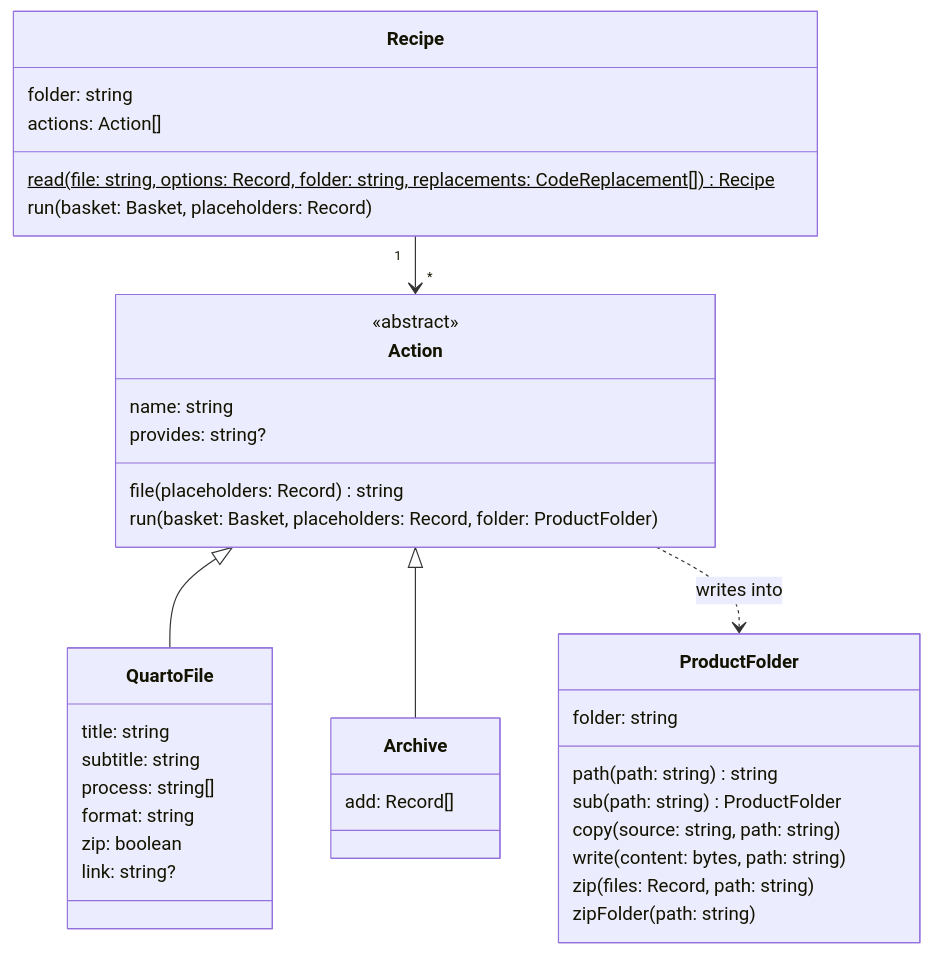
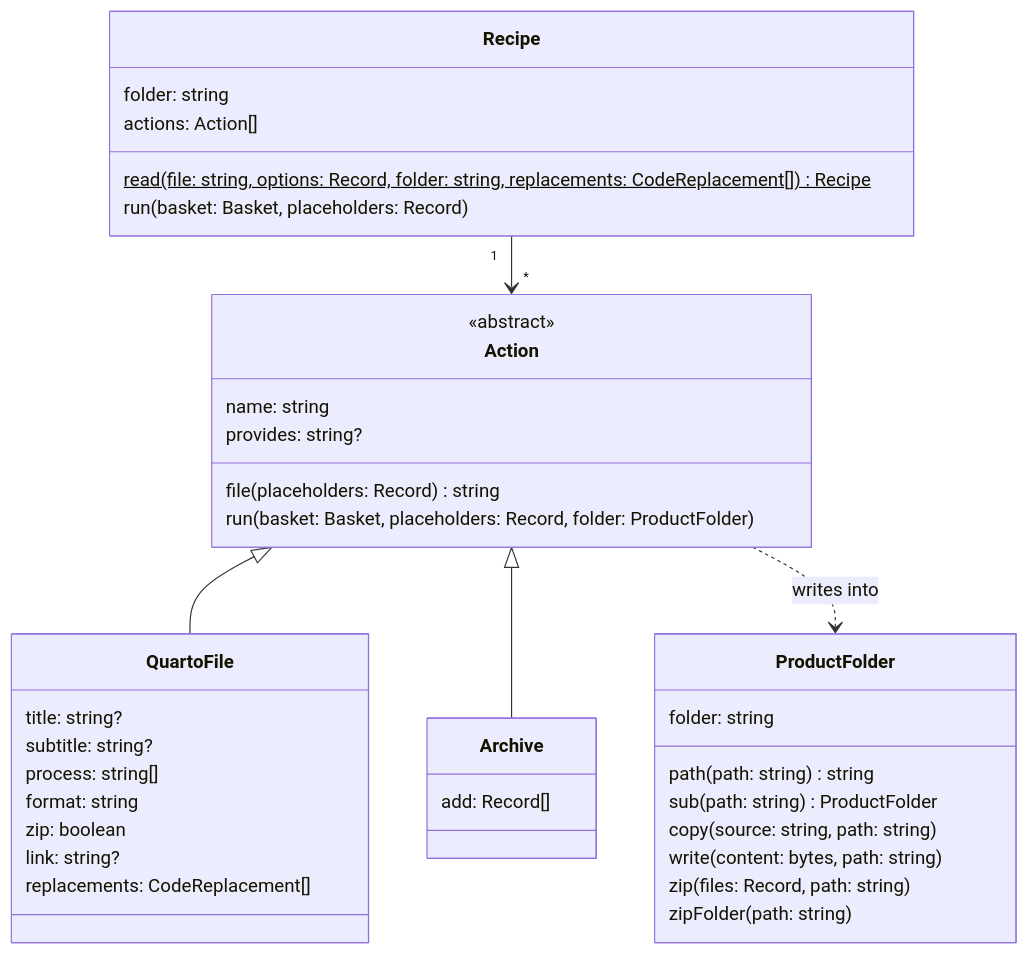
One commit to matthiasbaitsch/quarto-loi-moi changed the fifth of 6 diagrams in DESIGN.md. Above: the diagram before and after it, drawn with Mermaid. The commit also changed other lines of this file and 10 other files, not shown here.

````diff
--- a/DESIGN.md
+++ b/DESIGN.md
@@ -247,41 +267,42 @@
 ```mermaid
 classDiagram
   direction TD
   Recipe "1" --> "*" Action
   Action <|-- QuartoFile
   Action <|-- Archive
   Action ..> ProductFolder : writes into
   class Recipe {
     folder: string
     actions: Action[]
     read(file: string, options: Record, folder: string, replacements: CodeReplacement[])$ Recipe
     run(basket: Basket, placeholders: Record)
   }
   class Action {
     <<abstract>>
     name: string
     provides: string?
     file(placeholders: Record) string
     run(basket: Basket, placeholders: Record, folder: ProductFolder)
   }
   class QuartoFile {
-    title: string
-    subtitle: string
+    title: string?
+    subtitle: string?
     process: string[]
     format: string
     zip: boolean
     link: string?
+    replacements: CodeReplacement[]
   }
   class Archive {
     add: Record[]
   }
   class ProductFolder {
     folder: string
     path(path: string) string
     sub(path: string) ProductFolder
     copy(source: string, path: string)
     write(content: bytes, path: string)
     zip(files: Record, path: string)
     zipFolder(path: string)
   }
 ```
````
